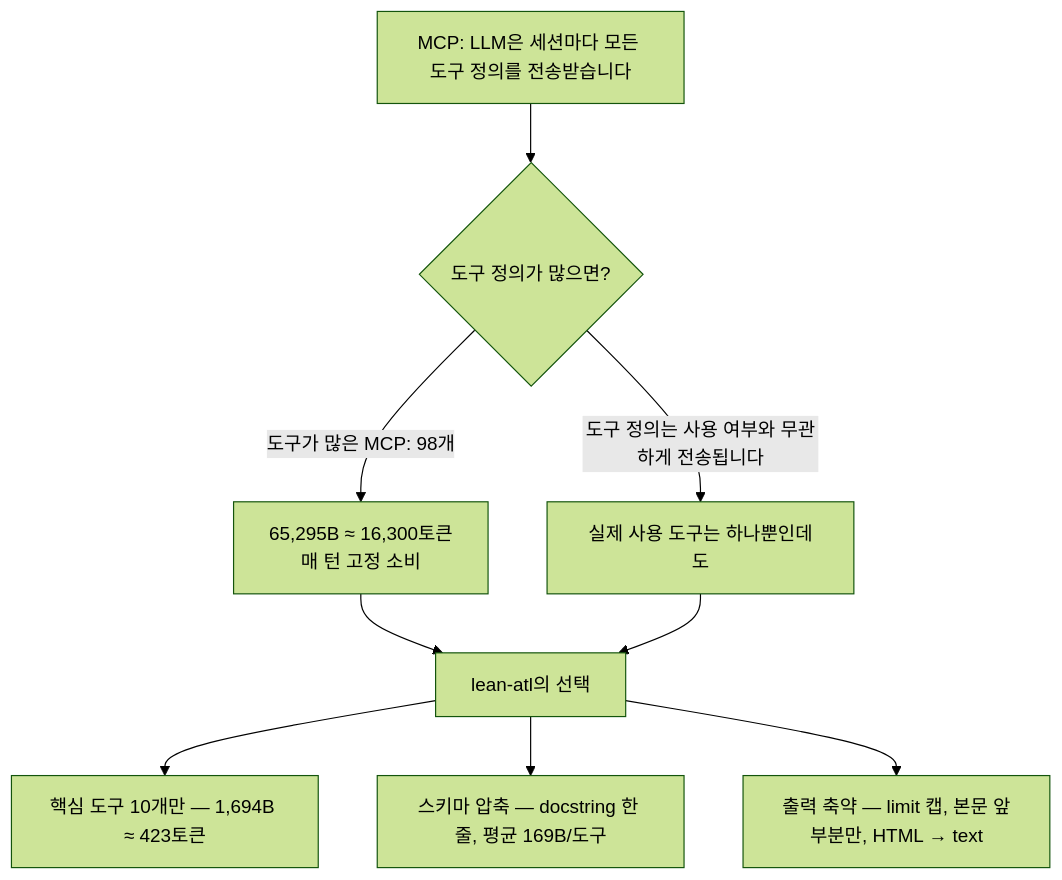
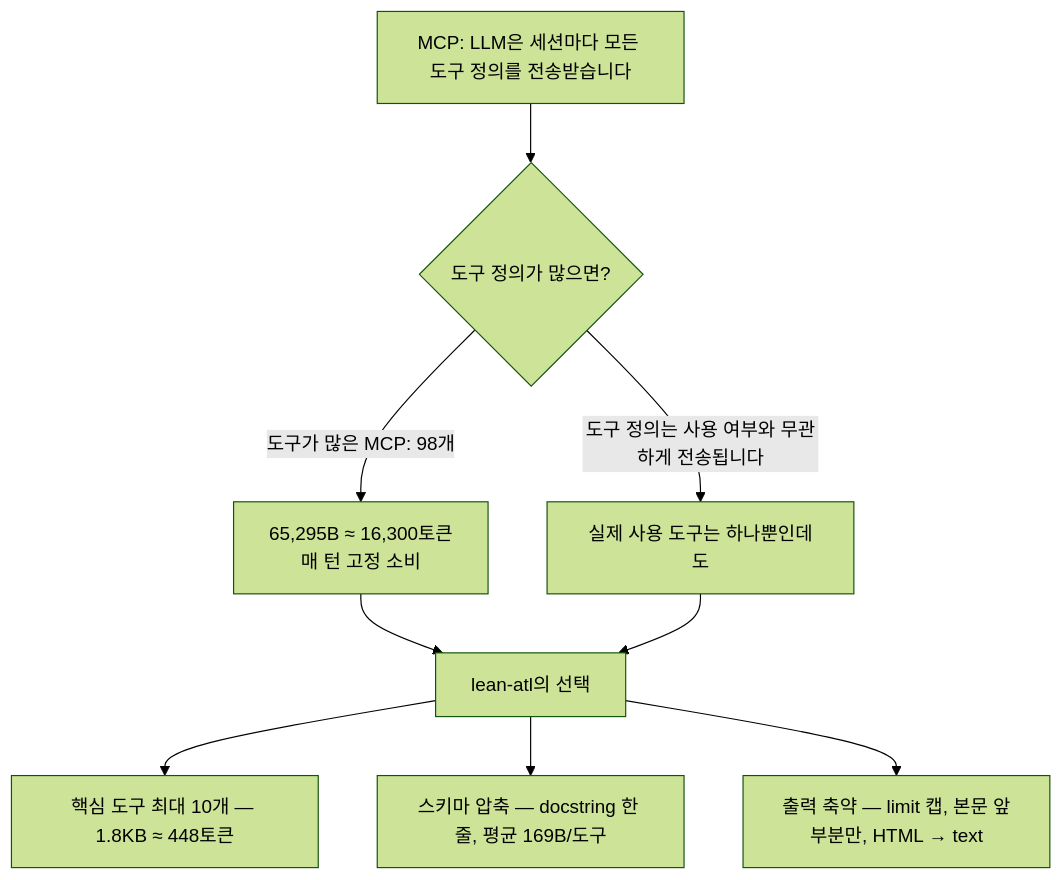
Before and after one commit to sayho87/lean-atl: the diagram in README.ko.md, drawn with Mermaid (forest theme). The commit also changed other lines of this file and 3 other files, not shown here.

````diff
--- a/README.ko.md
+++ b/README.ko.md
@@ -30,11 +32,11 @@
 ```mermaid
 flowchart TD
     A["MCP: LLM은 세션마다 모든 도구 정의를 전송받습니다"] --> B{"도구 정의가 많으면?"}
     B -->|"도구가 많은 MCP: 98개"| C["65,295B ≈ 16,300토큰<br/>매 턴 고정 소비"]
     B -->|"도구 정의는 사용 여부와 무관하게 전송됩니다"| D["실제 사용 도구는 하나뿐인데도"]
     C --> E["lean-atl의 선택"]
     D --> E
-    E --> F["핵심 도구 10개만 — 1,694B ≈ 423토큰"]
+    E --> F["핵심 도구 최대 10개 — 1.8KB ≈ 448토큰"]
     E --> G["스키마 압축 — docstring 한 줄, 평균 169B/도구"]
     E --> H["출력 축약 — limit 캡, 본문 앞부분만, HTML → text"]
 ```
````
